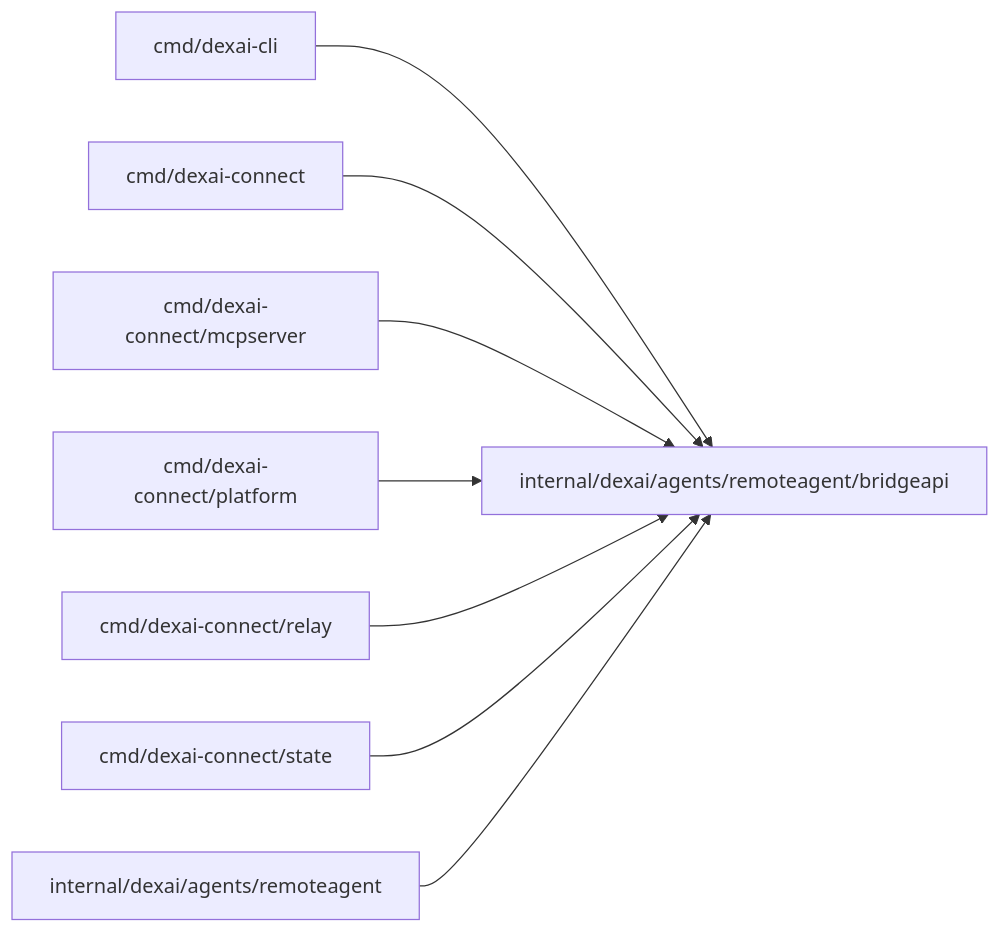
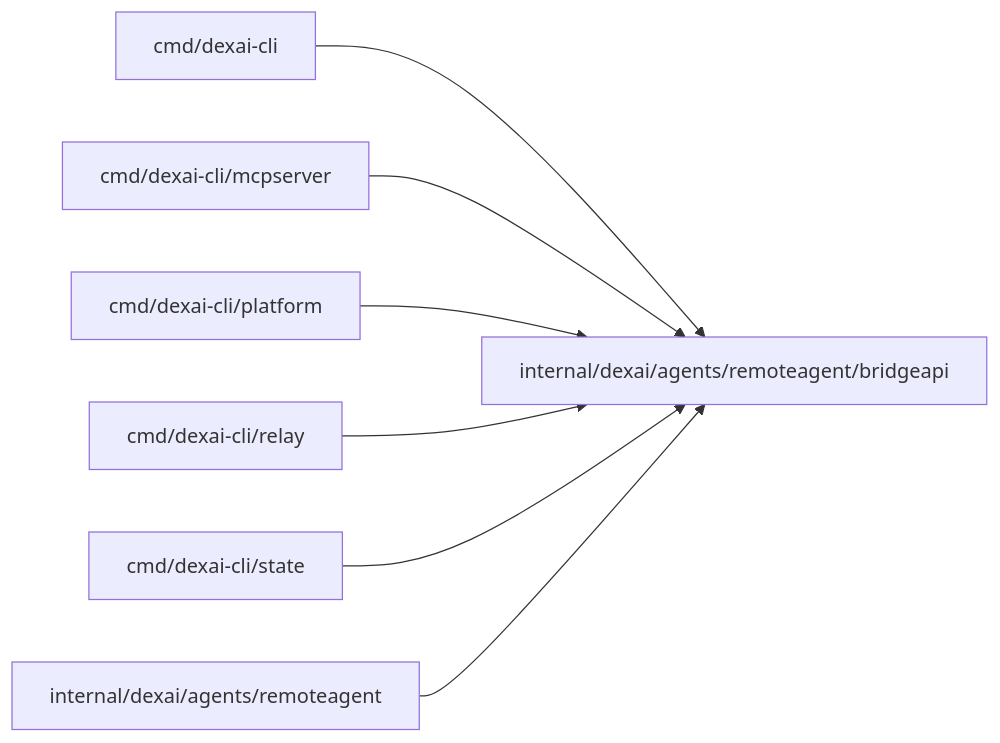
One commit to superdurable/superverse changed the diagram in internal/dexai/agents/remoteagent/bridgeapi/README.md. Above: the diagram before and after it, drawn with Mermaid. The commit also changed other lines of this file and 92 other files, not shown here.

First line of the commit message:
DEPRECATECONNECT: Retire dexai-connect and move its shared client code into dexai

````diff
--- a/internal/dexai/agents/remoteagent/bridgeapi/README.md
+++ b/internal/dexai/agents/remoteagent/bridgeapi/README.md
@@ -10,11 +10,10 @@
 ```mermaid
 flowchart LR
   self["internal/dexai/agents/remoteagent/bridgeapi"]
   c0["cmd/dexai-cli"] --> self
-  c1["cmd/dexai-connect"] --> self
-  c2["cmd/dexai-connect/mcpserver"] --> self
-  c3["cmd/dexai-connect/platform"] --> self
-  c4["cmd/dexai-connect/relay"] --> self
-  c5["cmd/dexai-connect/state"] --> self
-  c6["internal/dexai/agents/remoteagent"] --> self
+  c1["cmd/dexai-cli/mcpserver"] --> self
+  c2["cmd/dexai-cli/platform"] --> self
+  c3["cmd/dexai-cli/relay"] --> self
+  c4["cmd/dexai-cli/state"] --> self
+  c5["internal/dexai/agents/remoteagent"] --> self
 ```
````
